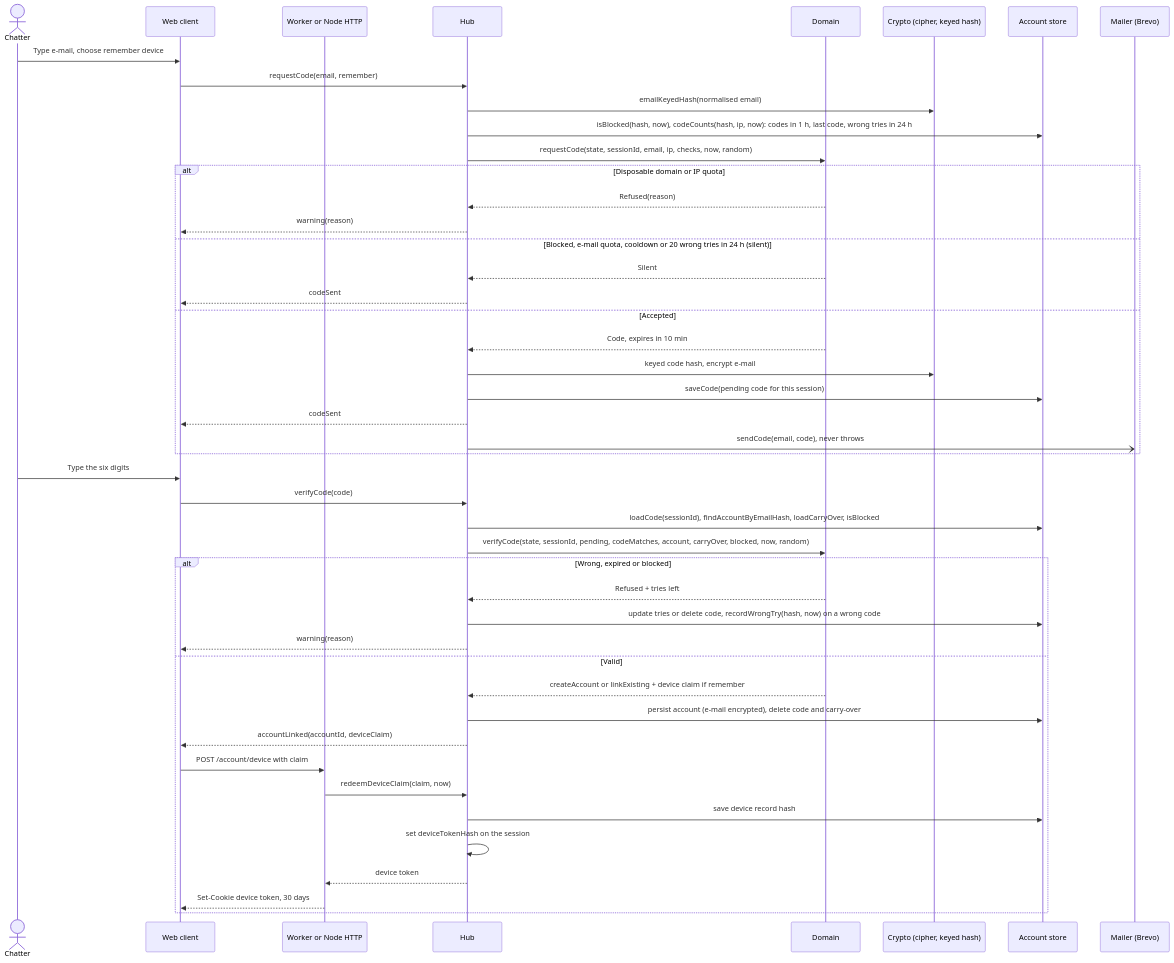
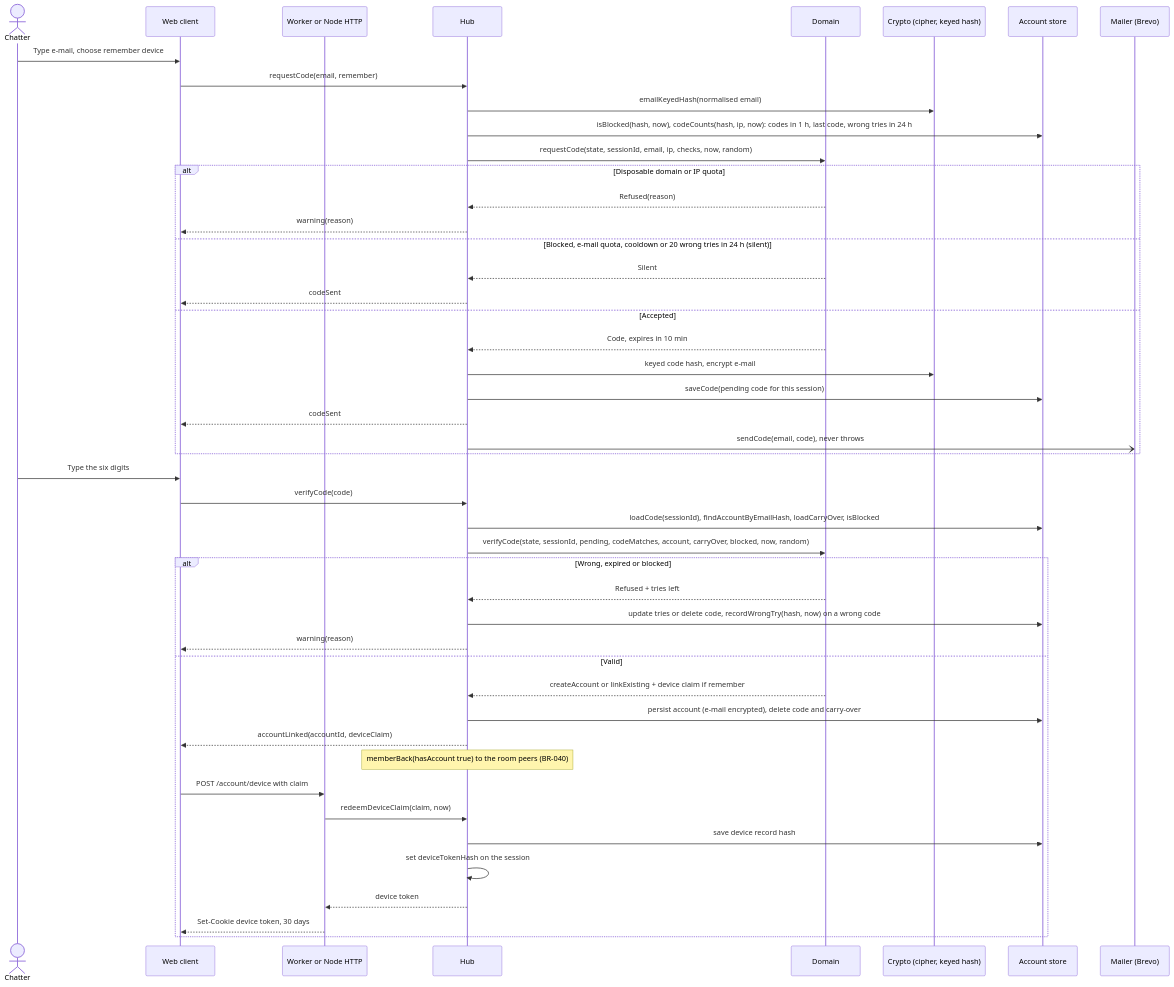
Before and after one commit to benoit-bremaud/asv: the diagram in docs/architecture/diagrams/accounts/02-sequence-sign-in-with-code.md, drawn with Mermaid. The commit also changed 48 other files, not shown here.

````diff
--- a/docs/architecture/diagrams/accounts/02-sequence-sign-in-with-code.md
+++ b/docs/architecture/diagrams/accounts/02-sequence-sign-in-with-code.md
@@ -15,48 +15,49 @@
 ```mermaid
 sequenceDiagram
   actor C as Chatter
   participant W as Web client
   participant WK as Worker or Node HTTP
   participant H as Hub
   participant D as Domain
   participant K as Crypto (cipher, keyed hash)
   participant AS as Account store
   participant ML as Mailer (Brevo)
   C->>W: Type e-mail, choose remember device
   W->>H: requestCode(email, remember)
   H->>K: emailKeyedHash(normalised email)
   H->>AS: isBlocked(hash, now), codeCounts(hash, ip, now): codes in 1 h, last code, wrong tries in 24 h
   H->>D: requestCode(state, sessionId, email, ip, checks, now, random)
   alt Disposable domain or IP quota
     D-->>H: Refused(reason)
     H-->>W: warning(reason)
   else Blocked, e-mail quota, cooldown or 20 wrong tries in 24 h (silent)
     D-->>H: Silent
     H-->>W: codeSent
   else Accepted
     D-->>H: Code, expires in 10 min
     H->>K: keyed code hash, encrypt e-mail
     H->>AS: saveCode(pending code for this session)
     H-->>W: codeSent
     H-)ML: sendCode(email, code), never throws
   end
   C->>W: Type the six digits
   W->>H: verifyCode(code)
   H->>AS: loadCode(sessionId), findAccountByEmailHash, loadCarryOver, isBlocked
   H->>D: verifyCode(state, sessionId, pending, codeMatches, account, carryOver, blocked, now, random)
   alt Wrong, expired or blocked
     D-->>H: Refused + tries left
     H->>AS: update tries or delete code, recordWrongTry(hash, now) on a wrong code
     H-->>W: warning(reason)
   else Valid
     D-->>H: createAccount or linkExisting + device claim if remember
     H->>AS: persist account (e-mail encrypted), delete code and carry-over
     H-->>W: accountLinked(accountId, deviceClaim)
+    Note over H: memberBack(hasAccount true) to the room peers (BR-040)
     W->>WK: POST /account/device with claim
     WK->>H: redeemDeviceClaim(claim, now)
     H->>AS: save device record hash
     H->>H: set deviceTokenHash on the session
     H-->>WK: device token
     WK-->>W: Set-Cookie device token, 30 days
   end
 ```
````
